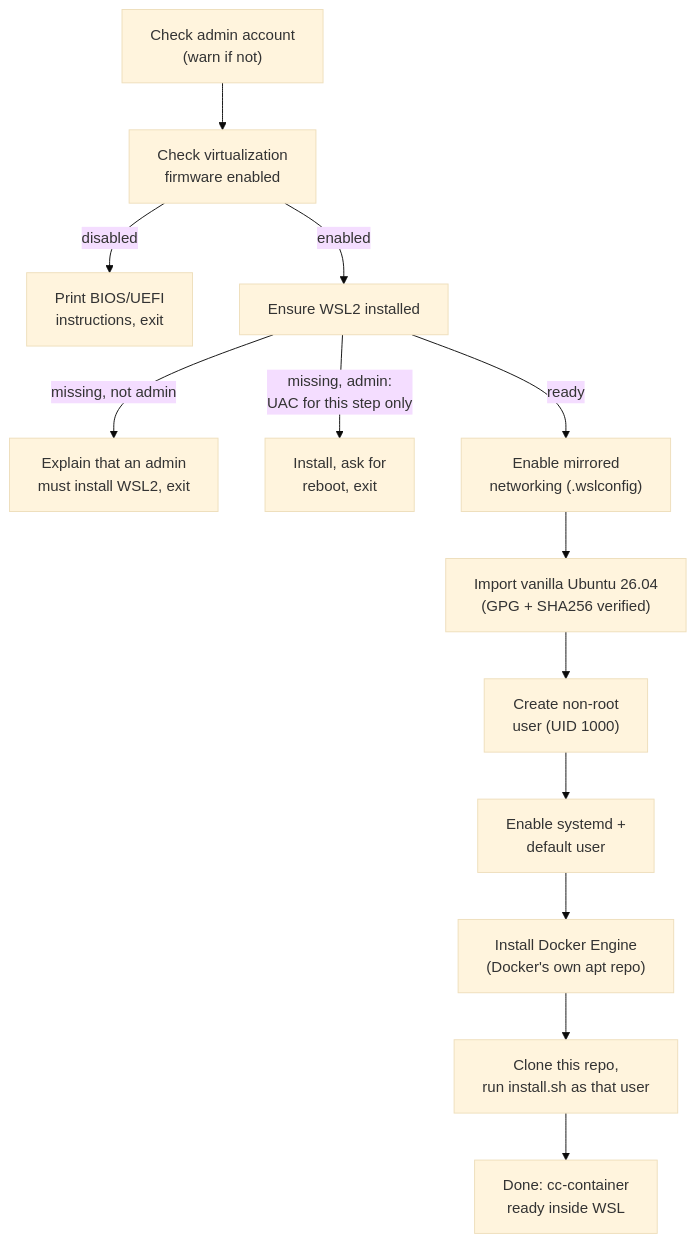
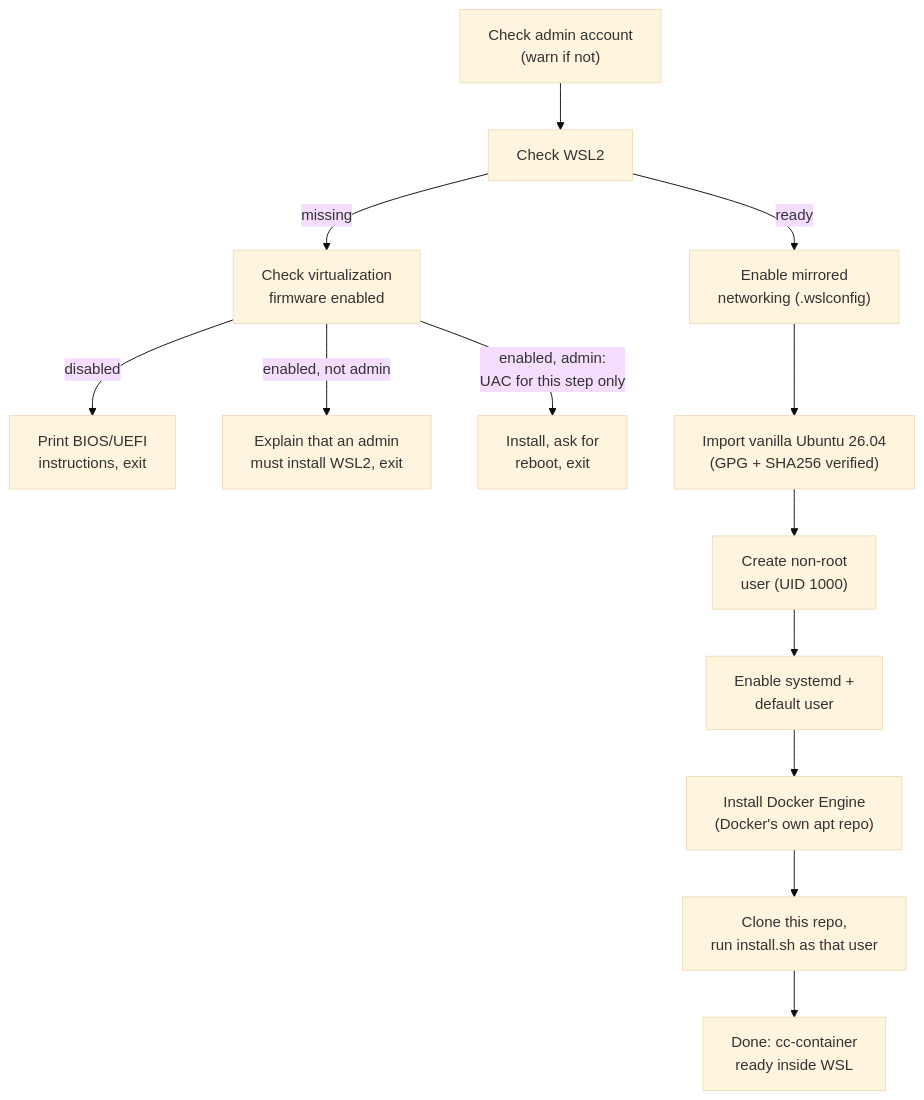
The diagram in docs/windows-onboarding.md (rixxxxx/claudecode-docker), drawn with Mermaid (base theme) before and after one commit. The commit also changed other lines of this file and 2 other files, not shown here.

Commit message:
fixed the Windows installer's virtualization check to only run while WSL2 is missing (Hyper-V reports False afterwards) and to accept one True per CPU socket, with a unit test and updated docs/windows-onboarding.md

````diff
--- a/docs/windows-onboarding.md
+++ b/docs/windows-onboarding.md
@@ -40,15 +40,15 @@
 ```mermaid
 flowchart TD
-    A0["Check admin account<br/>(warn if not)"] --> B["Check virtualization<br/>firmware enabled"]
+    A0["Check admin account<br/>(warn if not)"] --> C["Check WSL2"]
+    C -->|missing| B["Check virtualization<br/>firmware enabled"]
     B -->|disabled| B1["Print BIOS/UEFI<br/>instructions, exit"]
-    B -->|enabled| C["Ensure WSL2 installed"]
-    C -->|"missing, not admin"| C0["Explain that an admin<br/>must install WSL2, exit"]
-    C -->|"missing, admin:<br/>UAC for this step only"| C1["Install, ask for<br/>reboot, exit"]
+    B -->|"enabled, not admin"| C0["Explain that an admin<br/>must install WSL2, exit"]
+    B -->|"enabled, admin:<br/>UAC for this step only"| C1["Install, ask for<br/>reboot, exit"]
     C -->|ready| D["Enable mirrored<br/>networking (.wslconfig)"]
     D --> E["Import vanilla Ubuntu 26.04<br/>(GPG + SHA256 verified)"]
     E --> E2["Create non-root<br/>user (UID 1000)"]
     E2 --> F["Enable systemd +<br/>default user"]
     F --> G["Install Docker Engine<br/>(Docker's own apt repo)"]
     G --> H["Clone this repo,<br/>run install.sh as that user"]
     H --> I["Done: cc-container<br/>ready inside WSL"]
 ```
````
